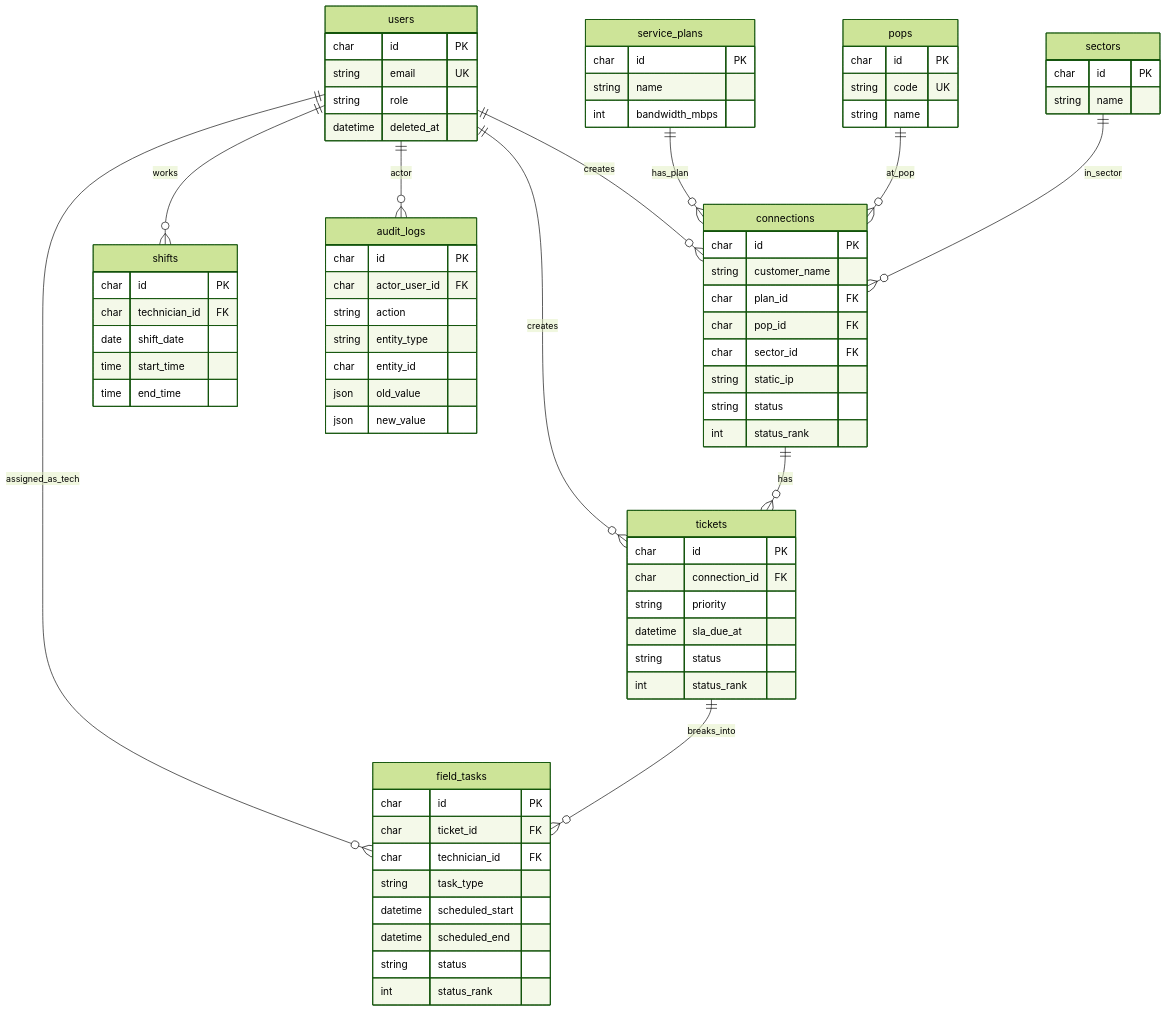
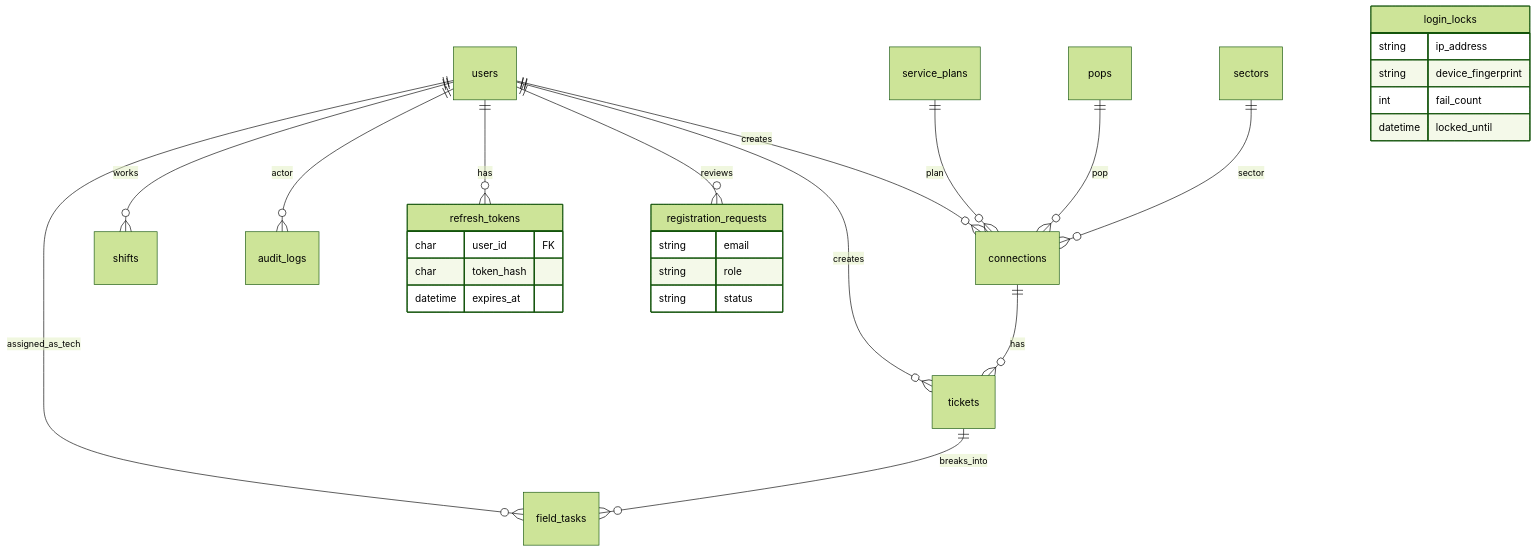
The diagram in README.md (Vibhor1603/revatix-assignment), drawn with Mermaid (forest theme) before and after one commit. The commit also changed other lines of this file and 20 other files, not shown here.

First line of the commit message:
Add refresh tokens, progressive login lockout, and approved registration.

````diff
--- a/README.md
+++ b/README.md
@@ -155,84 +130,31 @@
   users ||--o{ field_tasks : assigned_as_tech
   users ||--o{ shifts : works
   users ||--o{ audit_logs : actor
+  users ||--o{ refresh_tokens : has
+  users ||--o{ registration_requests : reviews
 
-  service_plans ||--o{ connections : has_plan
-  pops ||--o{ connections : at_pop
-  sectors ||--o{ connections : in_sector
-
+  service_plans ||--o{ connections : plan
+  pops ||--o{ connections : pop
+  sectors ||--o{ connections : sector
   connections ||--o{ tickets : has
   tickets ||--o{ field_tasks : breaks_into
 
-  users {
-    char id PK
-    string email UK
-    string role
-    datetime deleted_at
+  login_locks {
+    string ip_address
+    string device_fingerprint
+    int fail_count
+    datetime locked_until
   }
 
-  service_plans {
-    char id PK
-    string name
-    int bandwidth_mbps
+  refresh_tokens {
+    char user_id FK
+    char token_hash
+    datetime expires_at
   }
 
-  pops {
-    char id PK
-    string code UK
-    string name
-  }
-
-  sectors {
-    char id PK
-    string name
-  }
-
-  connections {
-    char id PK
-    string customer_name
-    char plan_id FK
-    char pop_id FK
-    char sector_id FK
-    string static_ip
+  registration_requests {
+    string email
+    string role
     string status
-    int status_rank
-  }
-
-  tickets {
-    char id PK
-    char connection_id FK
-    string priority
-    datetime sla_due_at
-    string status
-    int status_rank
-  }
-
-  field_tasks {
-    char id PK
-    char ticket_id FK
-    char technician_id FK
-    string task_type
-    datetime scheduled_start
-    datetime scheduled_end
-    string status
-    int status_rank
-  }
-
-  shifts {
-    char id PK
-    char technician_id FK
-    date shift_date
-    time start_time
-    time end_time
-  }
-
-  audit_logs {
-    char id PK
-    char actor_user_id FK
-    string action
-    string entity_type
-    char entity_id
-    json old_value
-    json new_value
   }
 ```
````
